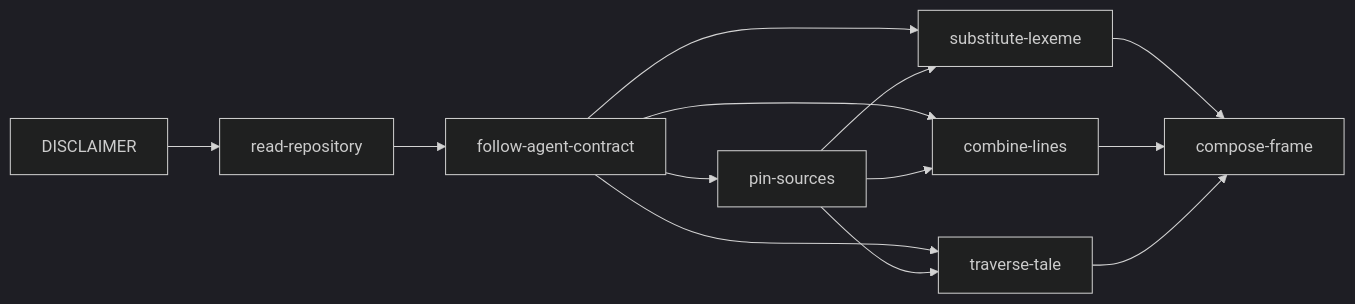
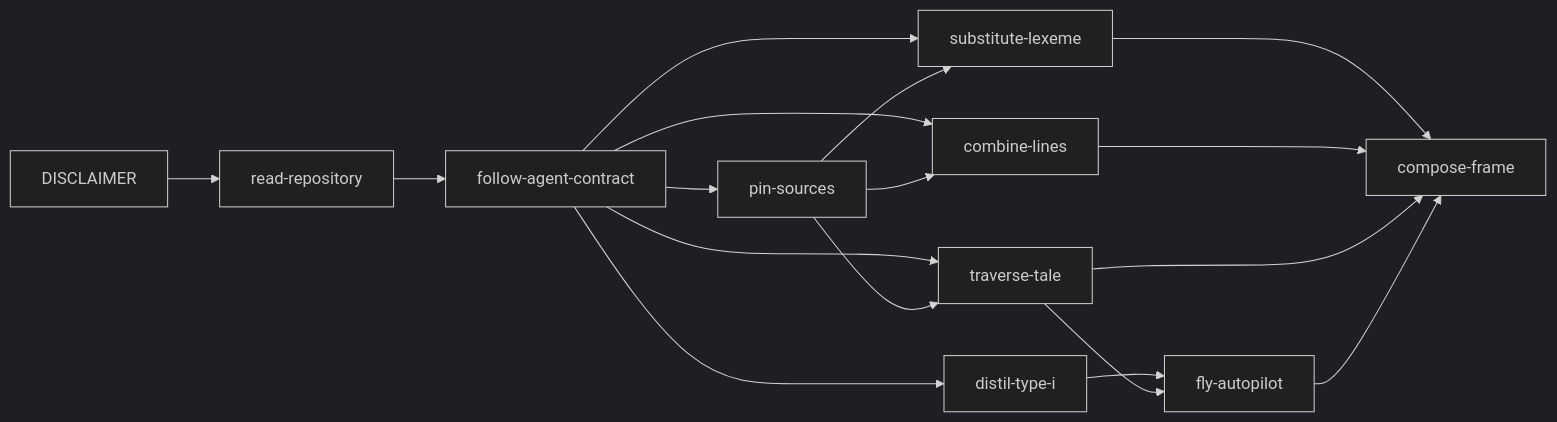
Before and after one commit to wetware-hq/tulip: the diagram in docs/read-repository.md, drawn with Mermaid (dark theme). The commit also changed other lines of this file and 11 other files, not shown here.

Commit message:
Add Type I narrative autopilot; patch source residuals (WET-137, WET-134, WET-135)

````diff
--- a/docs/read-repository.md
+++ b/docs/read-repository.md
@@ -42,15 +46,19 @@
 ```mermaid { type: notebook.cell }
 flowchart LR
     D[DISCLAIMER] --> R[read-repository]
     R --> C[follow-agent-contract]
     C --> P[pin-sources]
     C --> S[substitute-lexeme]
     C --> L[combine-lines]
     C --> T[traverse-tale]
     P --> S
     P --> L
     P --> T
     S --> F[compose-frame]
     L --> F
     T --> F
+    C --> I[distil-type-i]
+    I --> A[fly-autopilot]
+    T --> A
+    A --> F
 ```
````
